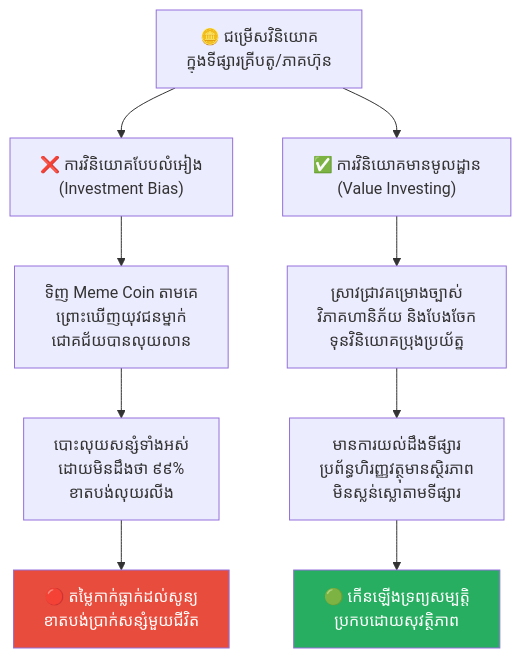
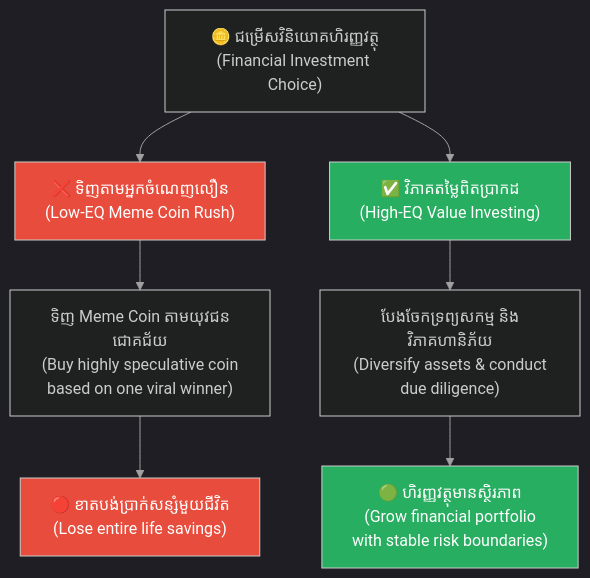
Before and after one commit to GuideStack/iblogger-feeds: the fifth of 5 diagrams in feeds/concepts/articles/06-survivorship-bias.md, drawn with Mermaid. The commit also changed other lines of this file, not shown here.

Commit message:
docs: upgrade 06-survivorship-bias.md to bilingual layout and styled diagrams

````diff
--- a/feeds/concepts/articles/06-survivorship-bias.md
+++ b/feeds/concepts/articles/06-survivorship-bias.md
@@ -171,16 +277,25 @@
 ```mermaid
+%%{init: {
+  'theme': 'dark',
+  'themeVariables': {
+    'background': '#1e1e1e',
+    'primaryTextColor': '#ffffff',
+    'lineColor': '#a0a0a0'
+  },
+  'themeCSS': 'svg { background-color: #1e1e1e !important; padding: 1rem !important; border-radius: 8px !important; } .edgeLabel rect { fill: #1e1e1e !important; } text, tspan { fill: #ffffff !important; }'
+}}%%
 graph TD
-    A["🪙 ជម្រើសវិនិយោគ<br/>ក្នុងទីផ្សារគ្រីបតូ/ភាគហ៊ុន"] --> B1["❌ ការវិនិយោគបែបលំអៀង<br/>(Investment Bias)"]
-    A --> B2["✅ ការវិនិយោគមានមូលដ្ឋាន<br/>(Value Investing)"]
-    
-    B1 --> C1["ទិញ Meme Coin តាមគេ<br/>ព្រោះឃើញយុវជនម្នាក់<br/>ជោគជ័យបានលុយលាន"]
-    C1 --> D1["បោះលុយសន្សំទាំងអស់<br/>ដោយមិនដឹងថា ៩៩%<br/>ខាតបង់លុយរលីង"]
-    D1 --> E1["🔴 តម្លៃកាក់ធ្លាក់ដល់សូន្យ<br/>ខាតបង់ប្រាក់សន្សំមួយជីវិត"]
-    
-    B2 --> C2["ស្រាវជ្រាវគម្រោងច្បាស់<br/>វិភាគហានិភ័យ និងបែងចែក<br/>ទុនវិនិយោគប្រុងប្រយ័ត្ន"]
-    C2 --> D2["មានការយល់ដឹងទីផ្សារ<br/>ប្រព័ន្ធហិរញ្ញវត្ថុមានស្ថិរភាព<br/>មិនស្លន់ស្លោតាមទីផ្សារ"]
-    D2 --> E2["🟢 កើនឡើងទ្រព្យសម្បត្តិ<br/>ប្រកបដោយសុវត្ថិភាព"]
+    A["🪙 ជម្រើសវិនិយោគហិរញ្ញវត្ថុ<br/>(Financial Investment Choice)"] --> B1["❌ ទិញតាមអ្នកចំណេញលឿន<br/>(Low-EQ Meme Coin Rush)"]
+    A --> B2["✅ វិភាគតម្លៃពិតប្រាកដ<br/>(High-EQ Value Investing)"]
 
-    style E1 fill:#e74c3c,color:#fff
-    style E2 fill:#27ae60,color:#fff
+    B1 --> C1["ទិញ Meme Coin តាមយុវជនជោគជ័យ<br/>(Buy highly speculative coin<br/>based on one viral winner)"]
+    C1 --> D1["🔴 ខាតបង់ប្រាក់សន្សំមួយជីវិត<br/>(Lose entire life savings)"]
+
+    B2 --> C2["បែងចែកទ្រព្យសកម្ម និងវិភាគហានិភ័យ<br/>(Diversify assets & conduct<br/>due diligence)"]
+    C2 --> D2["🟢 ហិរញ្ញវត្ថុមានស្ថិរភាព<br/>(Grow financial portfolio<br/>with stable risk boundaries)"]
+
+    style B1 fill:#e74c3c,color:#fff
+    style B2 fill:#27ae60,color:#fff
+    style D1 fill:#e74c3c,color:#fff
+    style D2 fill:#27ae60,color:#fff
 ```
````
